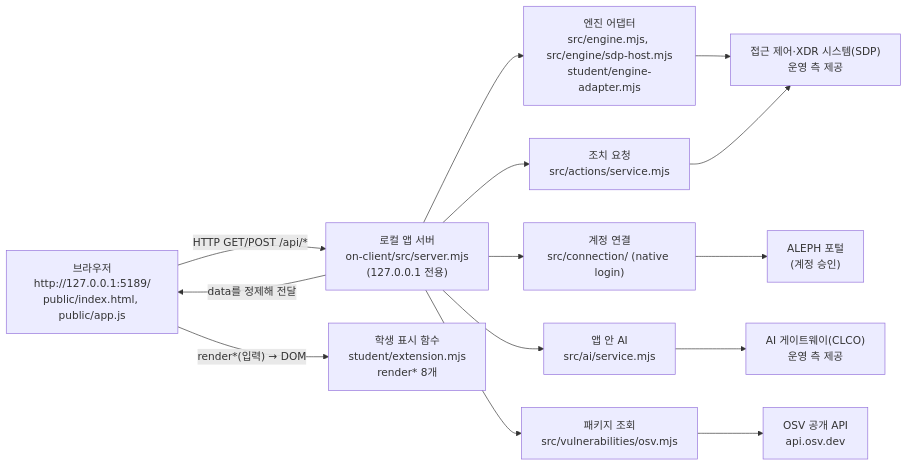
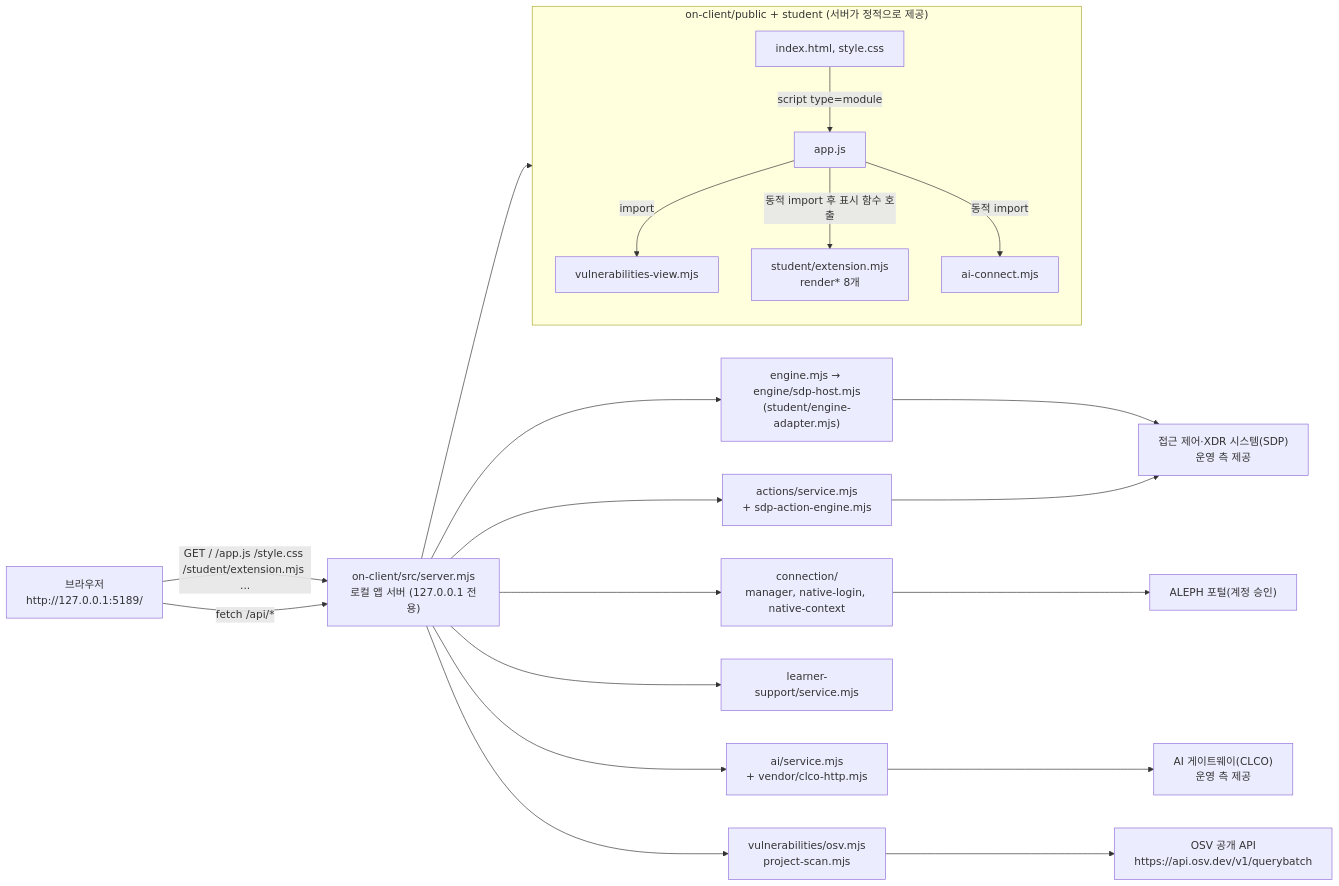
Before and after one commit to onedotfour88-lgtm/5-stage: the diagram in on-client/docs/STUDENT_RUNBOOK.md, drawn with Mermaid. The commit also changed other lines of this file and 1 other file, not shown here.

Commit message:
Fix stage 21 runbook: real import graph diagram and full on-client submission scope

````diff
--- a/on-client/docs/STUDENT_RUNBOOK.md
+++ b/on-client/docs/STUDENT_RUNBOOK.md
@@ -82,23 +96,35 @@
 ```mermaid
 flowchart LR
-  B["브라우저<br/>http://127.0.0.1:5189/<br/>public/index.html, public/app.js"]
-  S["로컬 앱 서버<br/>on-client/src/server.mjs<br/>(127.0.0.1 전용)"]
-  ST["학생 표시 함수<br/>student/extension.mjs<br/>render* 8개"]
-  E["엔진 어댑터<br/>src/engine.mjs, src/engine/sdp-host.mjs<br/>student/engine-adapter.mjs"]
-  C["계정 연결<br/>src/connection/ (native login)"]
-  A["앱 안 AI<br/>src/ai/service.mjs"]
-  ACT["조치 요청<br/>src/actions/service.mjs"]
-  V["패키지 조회<br/>src/vulnerabilities/osv.mjs"]
+  B["브라우저<br/>http://127.0.0.1:5189/"]
+  subgraph PUB["on-client/public + student (서버가 정적으로 제공)"]
+    IDX["index.html, style.css"]
+    APP["app.js"]
+    ACN["ai-connect.mjs"]
+    VV["vulnerabilities-view.mjs"]
+    STU["student/extension.mjs<br/>render* 8개"]
+  end
+  S["on-client/src/server.mjs<br/>로컬 앱 서버 (127.0.0.1 전용)"]
+  ENG["engine.mjs → engine/sdp-host.mjs<br/>(student/engine-adapter.mjs)"]
+  CON["connection/<br/>manager, native-login, native-context"]
+  AI["ai/service.mjs<br/>+ vendor/clco-http.mjs"]
+  LS["learner-support/service.mjs"]
+  ACT["actions/service.mjs<br/>+ sdp-action-engine.mjs"]
+  VUL["vulnerabilities/osv.mjs<br/>project-scan.mjs"]
   XDR["접근 제어·XDR 시스템(SDP)<br/>운영 측 제공"]
-  P["ALEPH 포털<br/>(계정 승인)"]
+  P["ALEPH 포털(계정 승인)"]
   G["AI 게이트웨이(CLCO)<br/>운영 측 제공"]
-  O["OSV 공개 API<br/>api.osv.dev"]
-  B -- "HTTP GET/POST /api/*" --> S
-  S -- "data를 정제해 전달" --> B
-  B -- "render*(입력) → DOM" --> ST
-  S --> E --> XDR
-  S --> C --> P
-  S --> A --> G
+  O["OSV 공개 API<br/>https://api.osv.dev/v1/querybatch"]
+  B -->|"GET / /app.js /style.css /student/extension.mjs ..."| S
+  S --> PUB
+  APP -->|"import"| VV
+  APP -->|"동적 import 후 표시 함수 호출"| STU
+  IDX -->|"script type=module"| APP
+  APP -->|"동적 import"| ACN
+  B -->|"fetch /api/*"| S
+  S --> ENG --> XDR
+  S --> CON --> P
+  S --> AI --> G
+  S --> LS
   S --> ACT --> XDR
-  S --> V --> O
+  S --> VUL --> O
 ```
````
